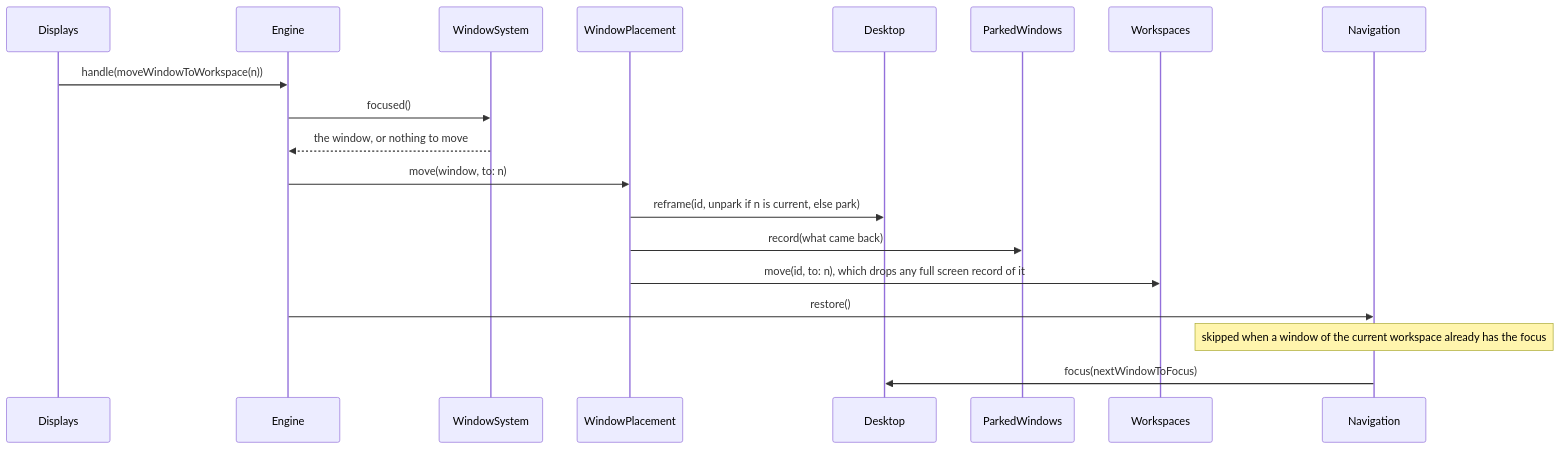
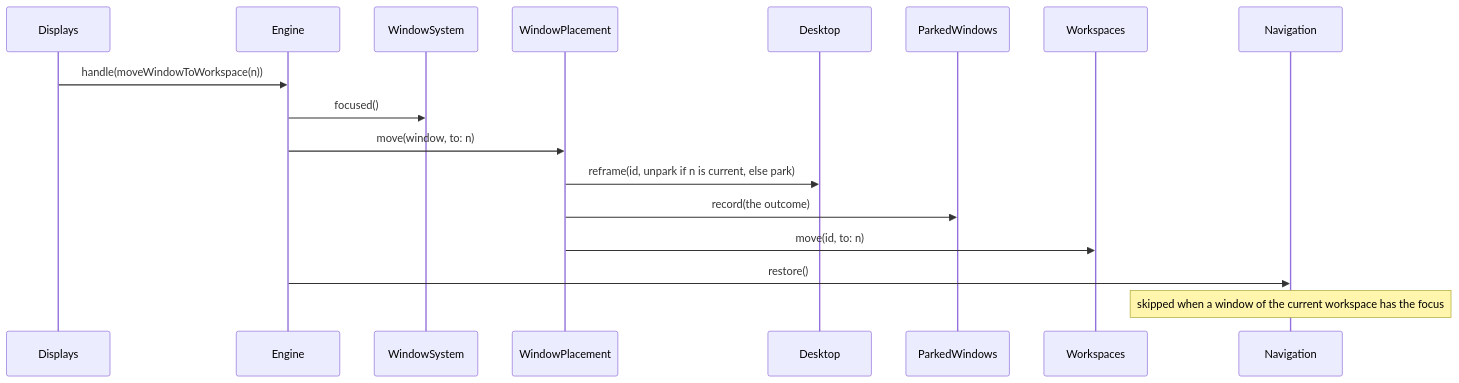
One commit to brennovich/ottowm changed diagram 12 of 25 in ARCHITECTURE.md. Above: the diagram before and after it, drawn with Mermaid. The commit also changed other lines of this file, not shown here.

````diff
--- a/ARCHITECTURE.md
+++ b/ARCHITECTURE.md
@@ -351,13 +324,11 @@
 ```mermaid
 sequenceDiagram
     Displays->>Engine: handle(moveWindowToWorkspace(n))
     Engine->>WindowSystem: focused()
-    WindowSystem-->>Engine: the window, or nothing to move
     Engine->>WindowPlacement: move(window, to: n)
     WindowPlacement->>Desktop: reframe(id, unpark if n is current, else park)
-    WindowPlacement->>ParkedWindows: record(what came back)
-    WindowPlacement->>Workspaces: move(id, to: n), which drops any full screen record of it
+    WindowPlacement->>ParkedWindows: record(the outcome)
+    WindowPlacement->>Workspaces: move(id, to: n)
     Engine->>Navigation: restore()
-    Note over Navigation: skipped when a window of the current workspace already has the focus
-    Navigation->>Desktop: focus(nextWindowToFocus)
+    Note over Navigation: skipped when a window of the current workspace has the focus
 ```
````
